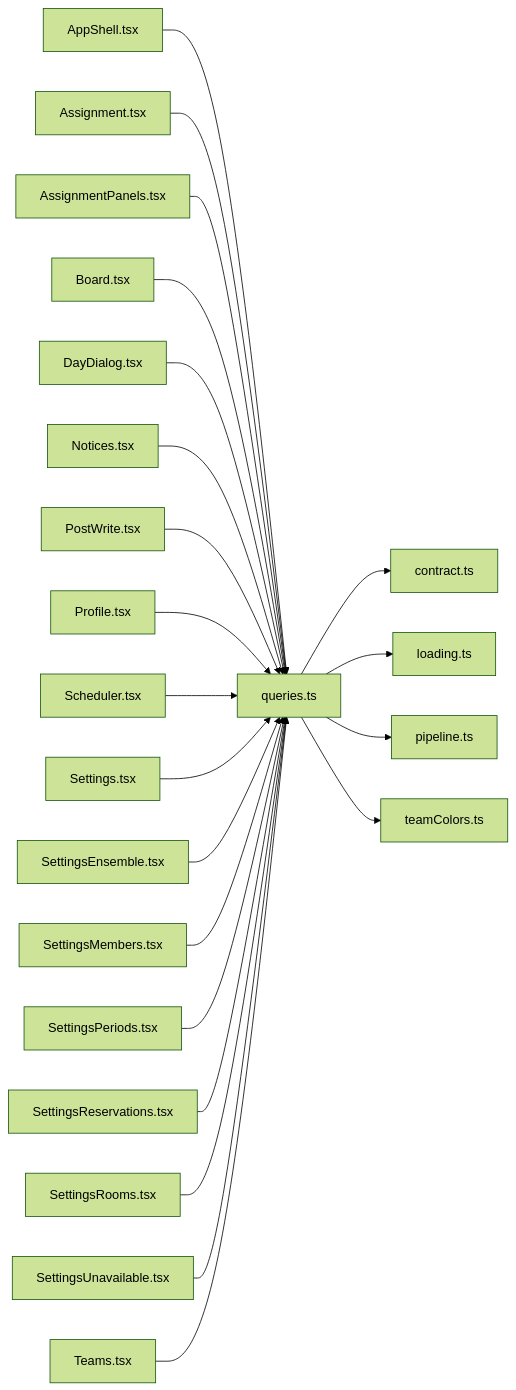
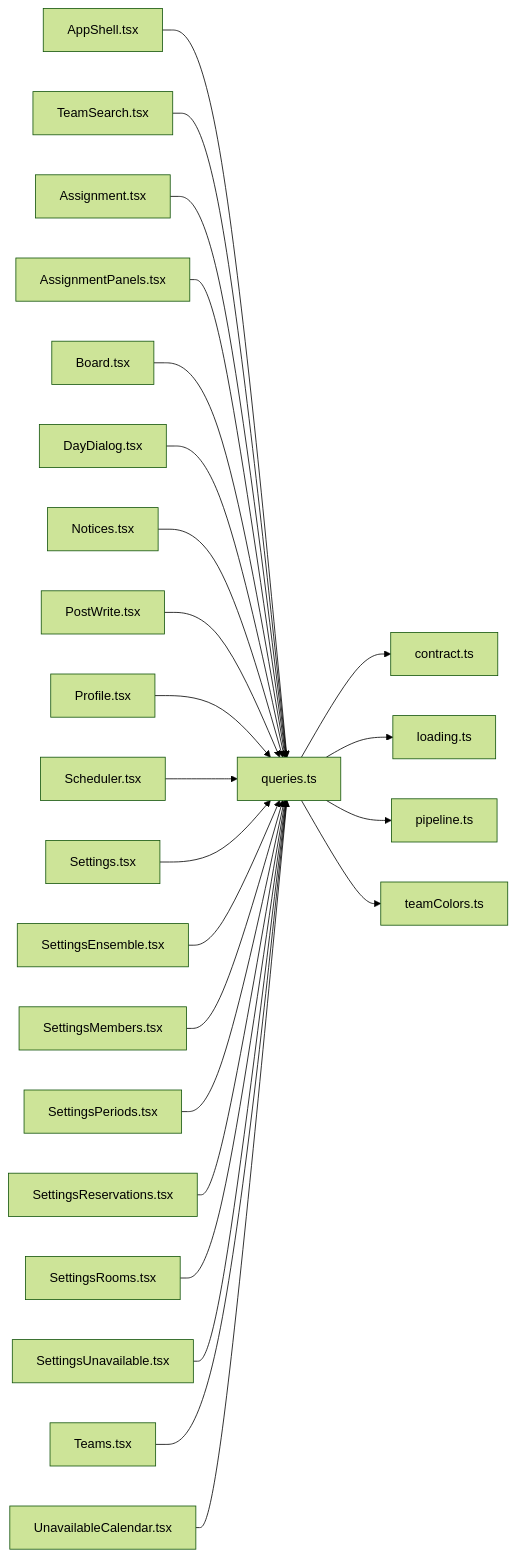
Before and after one commit to minkong-dev/Banblit: the diagram in .cluedoc/graph/frontend/src/components/queries.md, drawn with Mermaid (forest theme). The commit also changed other lines of this file and 45 other files, not shown here.

First line of the commit message:
frontend: show unavailable times as a member calendar and a team heatmap

````diff
--- a/.cluedoc/graph/frontend/src/components/queries.md
+++ b/.cluedoc/graph/frontend/src/components/queries.md
@@ -10,25 +10,27 @@
 ```mermaid
 flowchart LR
   frontend_src_components_queries["queries.ts"]
   frontend_src_components_queries --> frontend_src_lib_contract["contract.ts"]
   frontend_src_components_queries --> frontend_src_lib_loading["loading.ts"]
   frontend_src_components_queries --> frontend_src_lib_pipeline["pipeline.ts"]
   frontend_src_components_queries --> frontend_src_lib_teamColors["teamColors.ts"]
   frontend_src_components_AppShell["AppShell.tsx"] --> frontend_src_components_queries
+  frontend_src_components_TeamSearch["TeamSearch.tsx"] --> frontend_src_components_queries
   frontend_src_routes_Assignment["Assignment.tsx"] --> frontend_src_components_queries
   frontend_src_routes_AssignmentPanels["AssignmentPanels.tsx"] --> frontend_src_components_queries
   frontend_src_routes_Board["Board.tsx"] --> frontend_src_components_queries
   frontend_src_routes_DayDialog["DayDialog.tsx"] --> frontend_src_components_queries
   frontend_src_routes_Notices["Notices.tsx"] --> frontend_src_components_queries
   frontend_src_routes_PostWrite["PostWrite.tsx"] --> frontend_src_components_queries
   frontend_src_routes_Profile["Profile.tsx"] --> frontend_src_components_queries
   frontend_src_routes_Scheduler["Scheduler.tsx"] --> frontend_src_components_queries
   frontend_src_routes_Settings["Settings.tsx"] --> frontend_src_components_queries
   frontend_src_routes_SettingsEnsemble["SettingsEnsemble.tsx"] --> frontend_src_components_queries
   frontend_src_routes_SettingsMembers["SettingsMembers.tsx"] --> frontend_src_components_queries
   frontend_src_routes_SettingsPeriods["SettingsPeriods.tsx"] --> frontend_src_components_queries
   frontend_src_routes_SettingsReservations["SettingsReservations.tsx"] --> frontend_src_components_queries
   frontend_src_routes_SettingsRooms["SettingsRooms.tsx"] --> frontend_src_components_queries
   frontend_src_routes_SettingsUnavailable["SettingsUnavailable.tsx"] --> frontend_src_components_queries
   frontend_src_routes_Teams["Teams.tsx"] --> frontend_src_components_queries
+  frontend_src_routes_UnavailableCalendar["UnavailableCalendar.tsx"] --> frontend_src_components_queries
 ```
````
